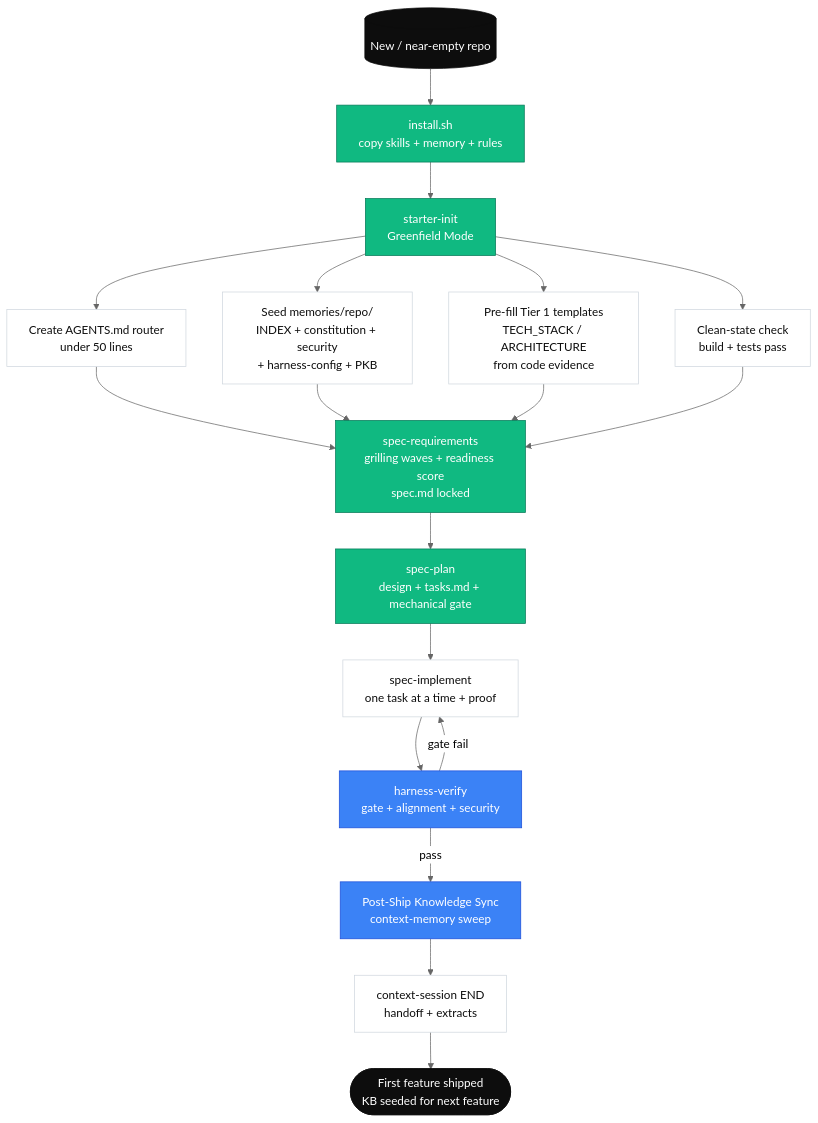
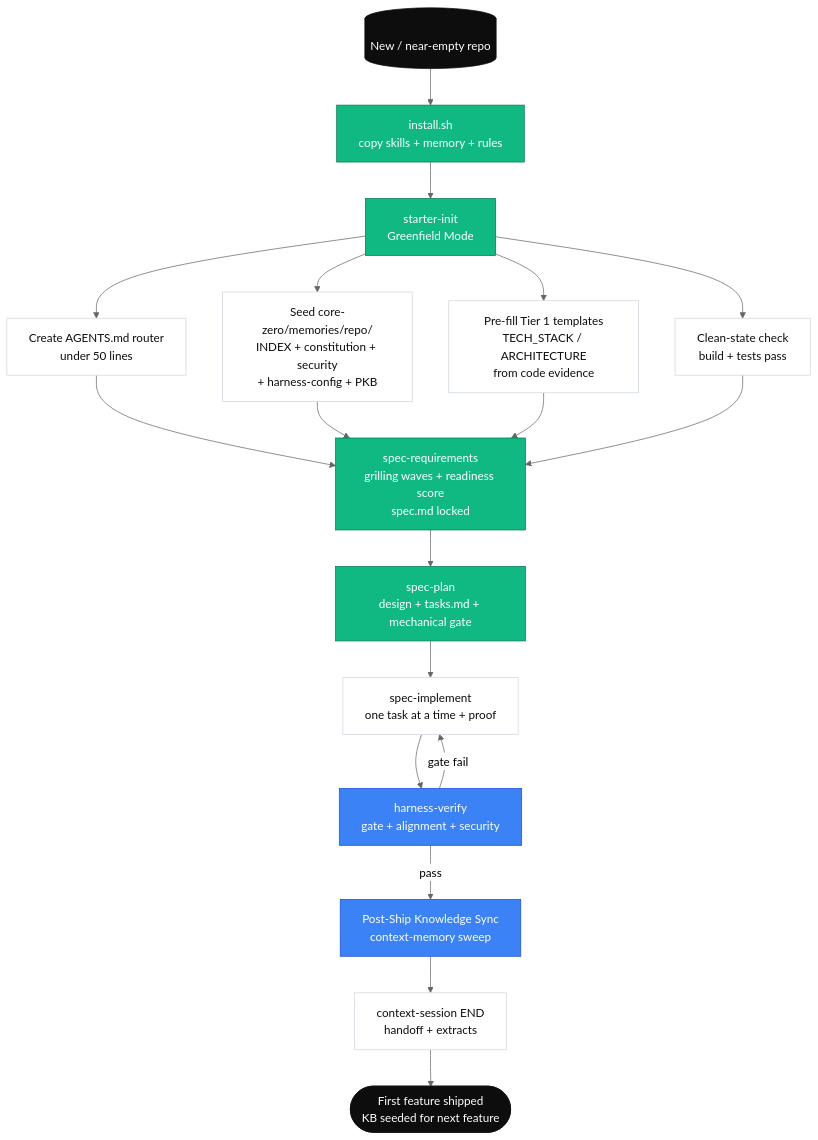
Before and after one commit to thaihai-swe/CoreZero-Nexus: the first of 2 diagrams in documents/adoption-strategies.md, drawn with Mermaid (neutral theme). The commit also changed other lines of this file and 72 other files, not shown here.

First line of the commit message:
Refactor memory paths and documentation references to align with core-zero structure

````diff
--- a/documents/adoption-strategies.md
+++ b/documents/adoption-strategies.md
@@ -80,35 +80,35 @@
 ```mermaid
 flowchart TD
     %% Greenfield Flow — new repo, install kit, ship first feature
 
     NEW[(New / near-empty repo)] --> BOOT[install.sh<br/>copy skills + memory + rules]
 
     BOOT --> INIT[starter-init<br/>Greenfield Mode]
     INIT --> AGENTS[Create AGENTS.md router<br/>under 50 lines]
-    INIT --> MEMSEED[Seed memories/repo/<br/>INDEX + constitution + security<br/>+ harness-config + PKB]
+    INIT --> MEMSEED[Seed core-zero/memories/repo/<br/>INDEX + constitution + security<br/>+ harness-config + PKB]
     INIT --> TMPL[Pre-fill Tier 1 templates<br/>TECH_STACK / ARCHITECTURE<br/>from code evidence]
     INIT --> BASE[Clean-state check<br/>build + tests pass]
 
     AGENTS --> SPEC
     MEMSEED --> SPEC
     TMPL --> SPEC
     BASE --> SPEC[spec-requirements<br/>grilling waves + readiness score<br/>spec.md locked]
     SPEC --> PLAN[spec-plan<br/>design + tasks.md + mechanical gate]
     PLAN --> IMPL[spec-implement<br/>one task at a time + proof]
     IMPL --> VERIFY[harness-verify<br/>gate + alignment + security]
 
     VERIFY -- gate fail --> IMPL
     VERIFY -- pass --> SYNC[Post-Ship Knowledge Sync<br/>context-memory sweep]
     SYNC --> ENDS[context-session END<br/>handoff + extracts]
     ENDS --> DONE([First feature shipped<br/>KB seeded for next feature])
 
     classDef terminal fill:#0d0d0d,stroke:#0d0d0d,color:#fff
     classDef green fill:#10b981,stroke:#047857,color:#fff
     classDef step fill:#fff,stroke:#d0d7de,color:#0d0d0d
     classDef gate fill:#3b82f6,stroke:#1d4ed8,color:#fff
 
     class NEW,DONE terminal
     class BOOT,INIT,SPEC,PLAN green
     class AGENTS,MEMSEED,TMPL,BASE,IMPL,ENDS step
     class VERIFY,SYNC gate
 ```
````
